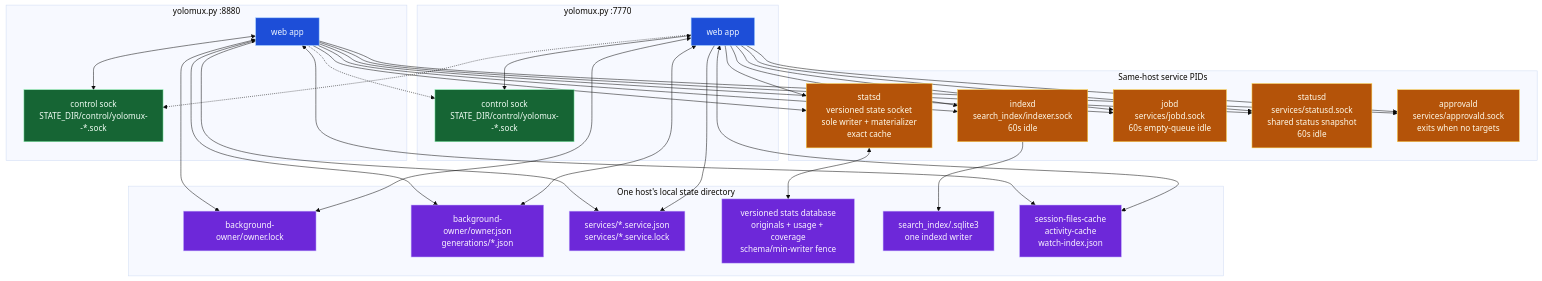
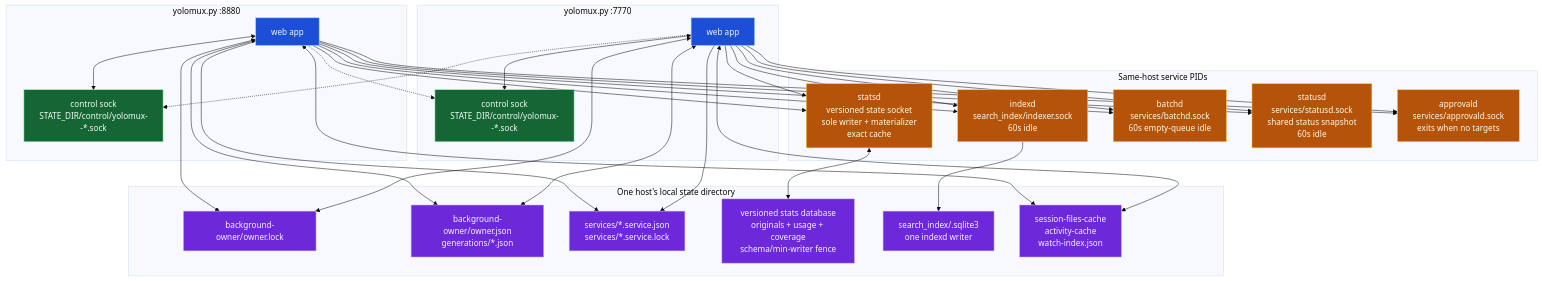
One commit to keivenchang/yolomux changed the third of 3 diagrams in README.md. Above: the diagram before and after it, drawn with Mermaid (base theme). The commit also changed other lines of this file and 117 other files, not shown here.

````diff
--- a/README.md
+++ b/README.md
@@ -166,61 +166,61 @@
 ```mermaid
 flowchart TB
   subgraph p1["yolomux.py :8880"]
     app1["web app"]
     sock1["control sock\nSTATE_DIR/control/yolomux-<pid>-*.sock"]
   end
   subgraph p2["yolomux.py :7770"]
     app2["web app"]
     sock2["control sock\nSTATE_DIR/control/yolomux-<pid>-*.sock"]
   end
 
   subgraph state["One host's local state directory"]
     ownerlock["background-owner/owner.lock"]
     ownerjson["background-owner/owner.json\ngenerations/*.json"]
     records["services/*.service.json\nservices/*.service.lock"]
     statsdb["versioned stats database\noriginals + usage + coverage\nschema/min-writer fence"]
     indexes["search_index/<digest>.sqlite3\none indexd writer"]
     caches["session-files-cache\nactivity-cache\nwatch-index.json"]
   end
   subgraph svc["Same-host service PIDs"]
     statsd2["statsd\nversioned state socket\nsole writer + materializer\nexact cache"]
     indexer["indexd\nsearch_index/indexer.sock\n60s idle"]
-    jobd2["jobd\nservices/jobd.sock\n60s empty-queue idle"]
+    batchd2["batchd\nservices/batchd.sock\n60s empty-queue idle"]
     statusd3["statusd\nservices/statusd.sock\nshared status snapshot\n60s idle"]
     approvald2["approvald\nservices/approvald.sock\nexits when no targets"]
   end
 
   app1 <--> sock1
   app2 <--> sock2
   app2 -.-> sock1
   app1 -.-> sock2
   app1 <--> ownerlock
   app1 <--> ownerjson
   app2 <--> ownerlock
   app2 <--> ownerjson
   app1 --> records
   app2 --> records
   app1 --> statsd2
   app2 --> statsd2
   app1 --> indexer
   app2 --> indexer
-  app1 --> jobd2
-  app2 --> jobd2
+  app1 --> batchd2
+  app2 --> batchd2
   app1 --> statusd3
   app2 --> statusd3
   app1 --> approvald2
   app2 --> approvald2
   statsd2 <--> statsdb
   indexer --> indexes
   app1 <--> caches
   app2 <--> caches
 
   classDef process fill:#1d4ed8,stroke:#93c5fd,color:#eff6ff
   classDef socket fill:#166534,stroke:#86efac,color:#f0fdf4
   classDef durable fill:#6d28d9,stroke:#c4b5fd,color:#faf5ff
   classDef localChild fill:#b45309,stroke:#fcd34d,color:#fffbeb
   class app1,app2 process
   class sock1,sock2 socket
   class ownerlock,ownerjson,records,statsdb,indexes,caches durable
-  class statsd2,indexer,jobd2,statusd3,approvald2 localChild
+  class statsd2,indexer,batchd2,statusd3,approvald2 localChild
 ```
````
